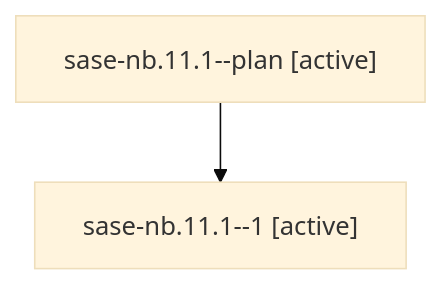
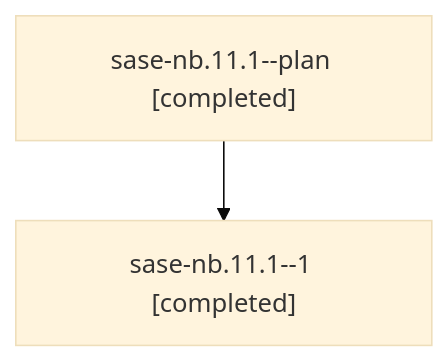
The diagram in families/bbugyi200.athena.sase-nb.11.1.md (sase-org/sase--agents), drawn with Mermaid (base theme) before and after one commit. The commit also changed other lines of this file and 42 other files, not shown here.

````diff
--- a/families/bbugyi200.athena.sase-nb.11.1.md
+++ b/families/bbugyi200.athena.sase-nb.11.1.md
@@ -9,6 +9,6 @@
 ```mermaid
 flowchart TD
-  n0["sase-nb.11.1--plan [active]"]
-  n1["sase-nb.11.1--1 [active]"]
+  n0["sase-nb.11.1--plan [completed]"]
+  n1["sase-nb.11.1--1 [completed]"]
   n0 --> n1
 ```
````
